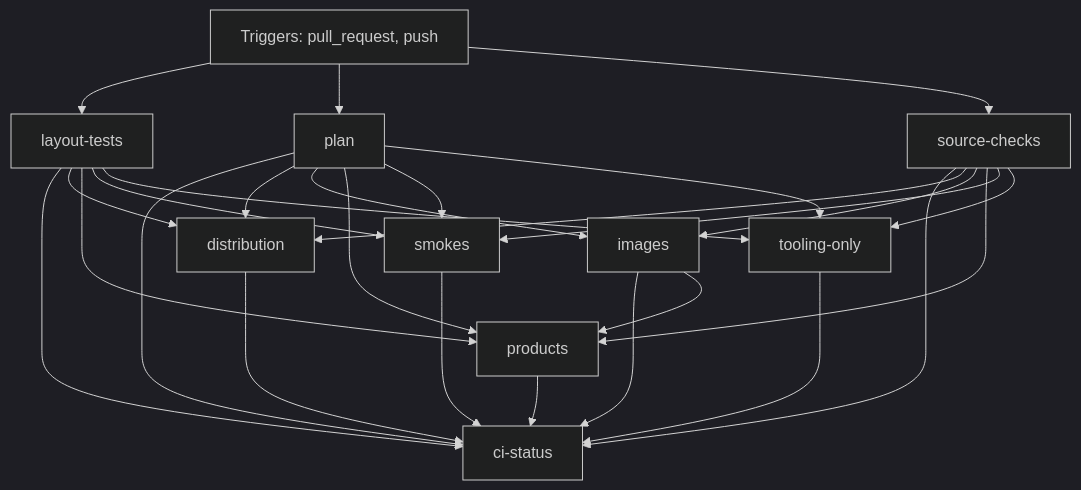
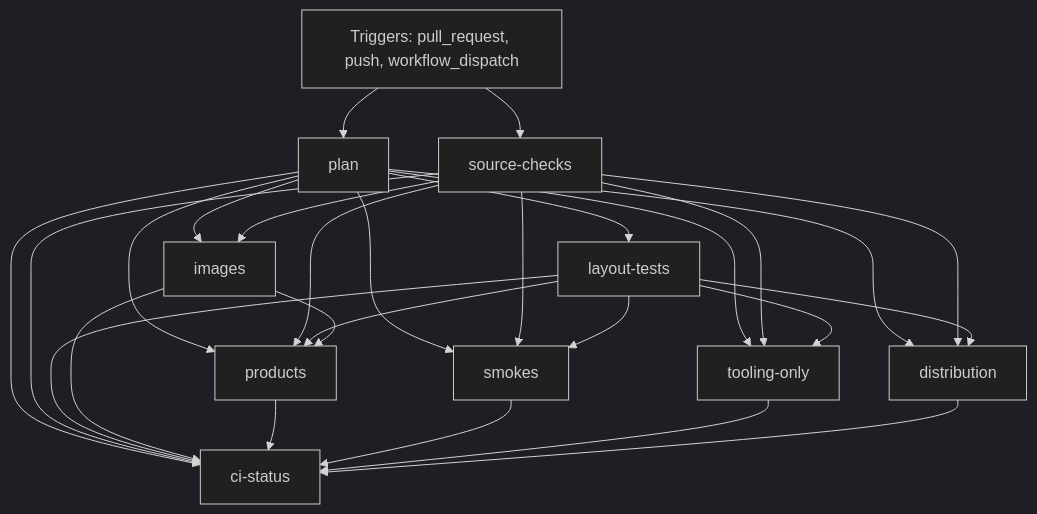
Before and after one commit to FrenchExDev2/QuietCli.PoSh: the diagram in docs/ci/github/script-companions-ci.md, drawn with Mermaid (dark theme). The commit also changed other lines of this file and 41 other files, not shown here.

```diff
--- a/docs/ci/github/script-companions-ci.md
+++ b/docs/ci/github/script-companions-ci.md
@@ -32,39 +40,39 @@
 ~~~mermaid
 flowchart TD
-    event["Triggers: pull_request, push"]
+    event["Triggers: pull_request, push, workflow_dispatch"]
     job_ci_status["ci-status"]
     job_distribution["distribution"]
     job_images["images"]
     job_layout_tests["layout-tests"]
     job_plan["plan"]
     job_products["products"]
     job_smokes["smokes"]
     job_source_checks["source-checks"]
     job_tooling_only["tooling-only"]
     job_plan --> job_ci_status
     job_source_checks --> job_ci_status
     job_layout_tests --> job_ci_status
     job_images --> job_ci_status
     job_products --> job_ci_status
     job_smokes --> job_ci_status
     job_tooling_only --> job_ci_status
     job_distribution --> job_ci_status
     job_plan --> job_distribution
     job_source_checks --> job_distribution
     job_layout_tests --> job_distribution
     job_plan --> job_images
     job_source_checks --> job_images
-    event --> job_layout_tests
+    job_plan --> job_layout_tests
     event --> job_plan
     job_plan --> job_products
     job_source_checks --> job_products
     job_layout_tests --> job_products
     job_images --> job_products
     job_plan --> job_smokes
     job_source_checks --> job_smokes
     job_layout_tests --> job_smokes
     event --> job_source_checks
     job_plan --> job_tooling_only
     job_source_checks --> job_tooling_only
     job_layout_tests --> job_tooling_only
 ~~~
```
